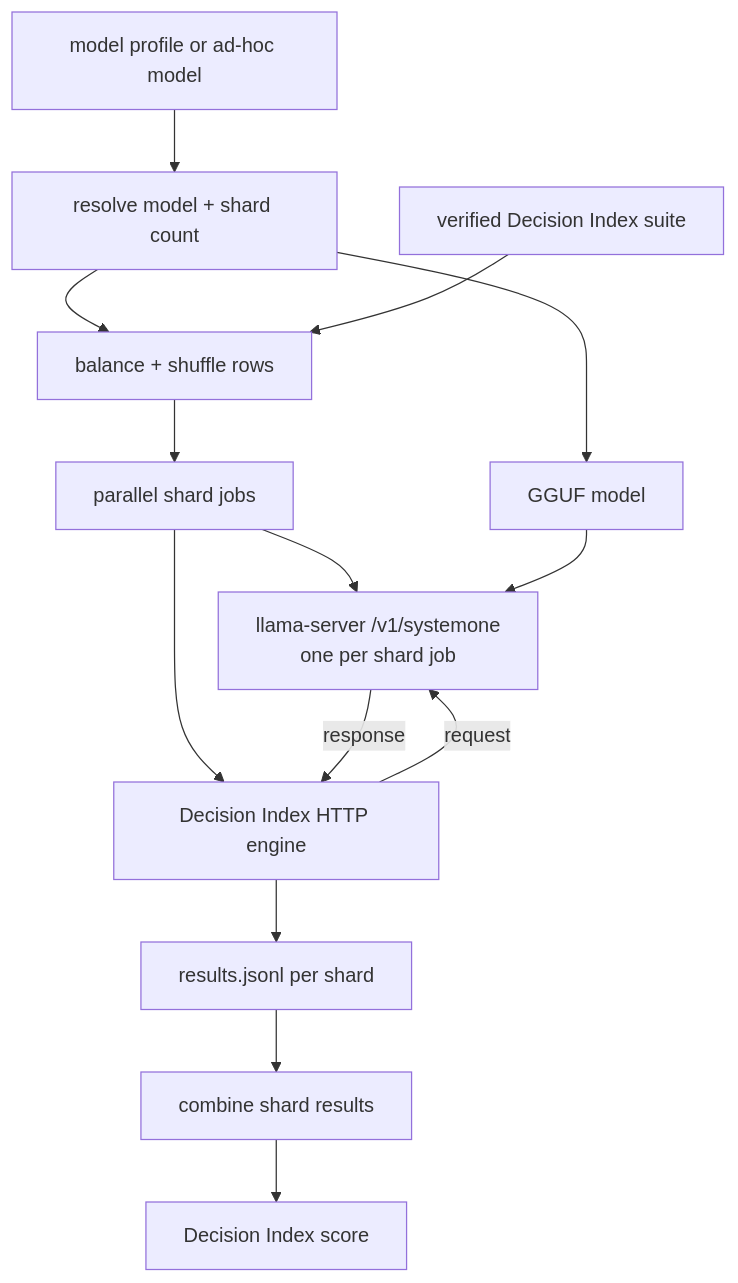
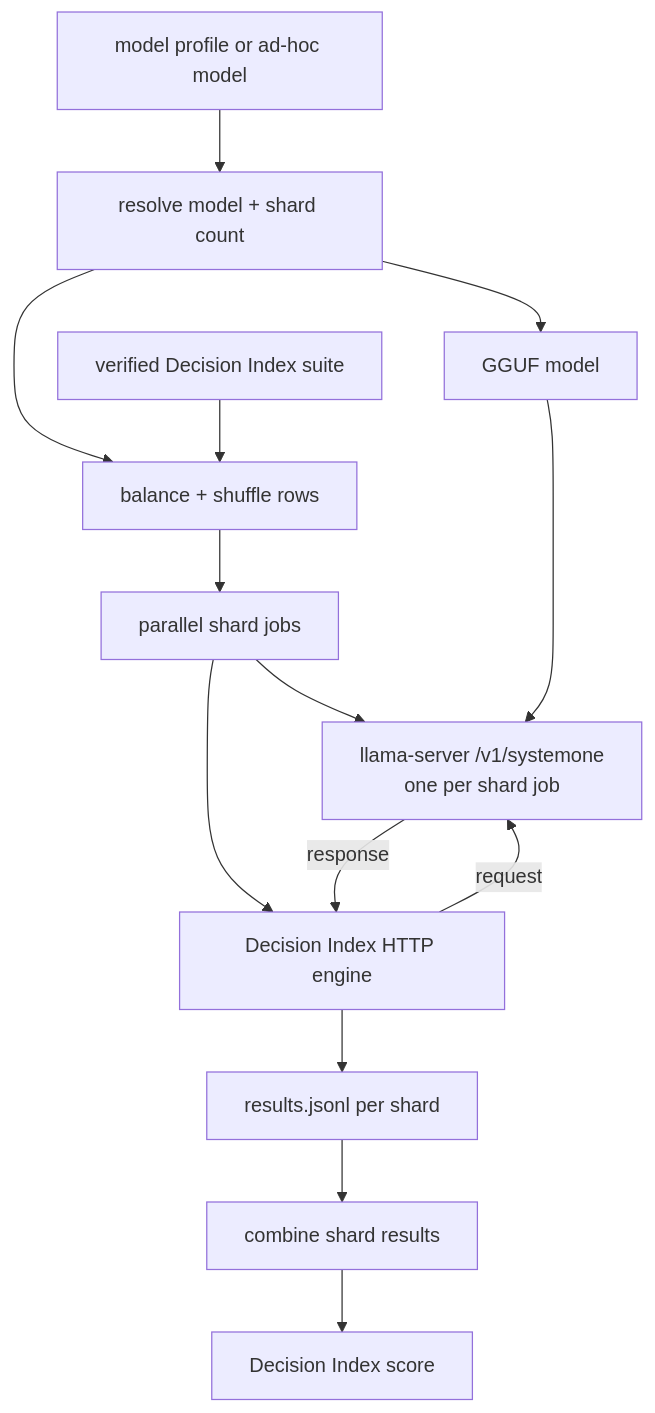
Before and after one commit to datGryphon/systemone-eval: the second of 2 diagrams in .github/PIPELINE.md, drawn with Mermaid.

Commit message:
docs: straighten evaluation diagram

````diff
--- a/.github/PIPELINE.md
+++ b/.github/PIPELINE.md
@@ -42,31 +42,35 @@
 ```mermaid
 flowchart TD
     CONFIG[model profile or ad-hoc model]
     PLAN[resolve model + shard count]
     SUITE[verified Decision Index suite]
+
+    MODEL[GGUF model]
     SPLIT[balance + shuffle rows]
     JOBS[parallel shard jobs]
 
-    MODEL[GGUF model]
     SERVER[llama-server /v1/systemone<br/>one per shard job]
     ENGINE[Decision Index HTTP engine]
     RESULTS[results.jsonl per shard]
     COMBINE[combine shard results]
     SCORE[Decision Index score]
 
     CONFIG --> PLAN
     PLAN --> MODEL
     PLAN --> SPLIT
     SUITE --> SPLIT
+
     SPLIT --> JOBS
-
+    JOBS --> SERVER
     JOBS --> ENGINE
-    JOBS --> SERVER
     MODEL --> SERVER
 
     ENGINE -->|request| SERVER
     SERVER -->|response| ENGINE
     ENGINE --> RESULTS
 
     RESULTS --> COMBINE --> SCORE
+
+    PLAN ~~~ SUITE
+    MODEL ~~~ SPLIT
 ```
````
